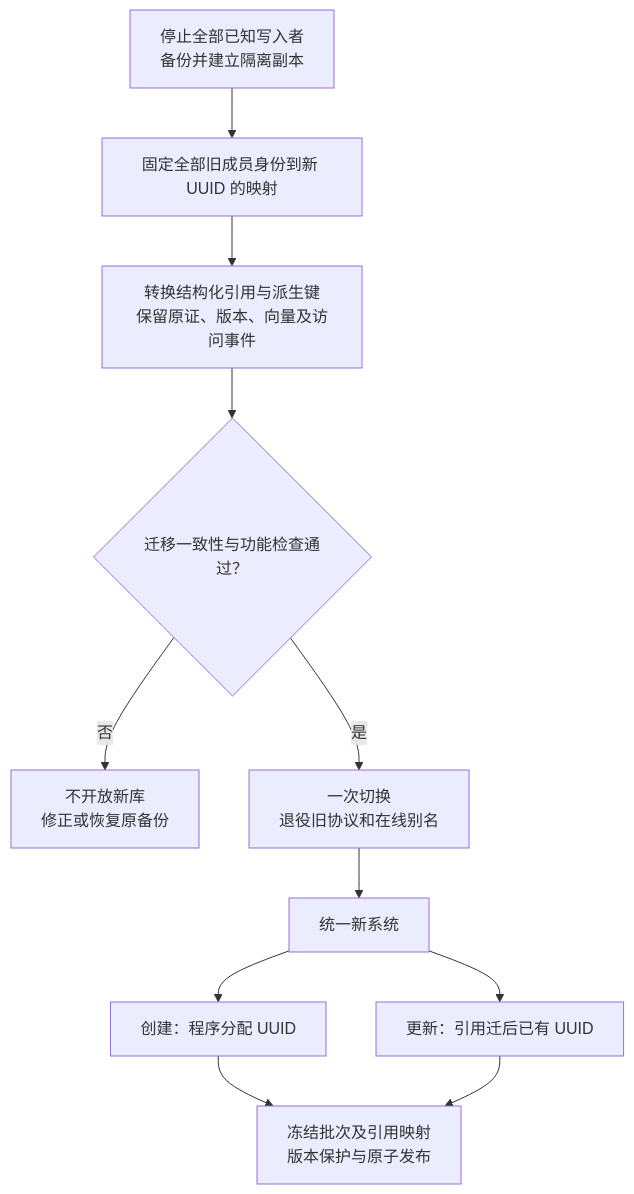
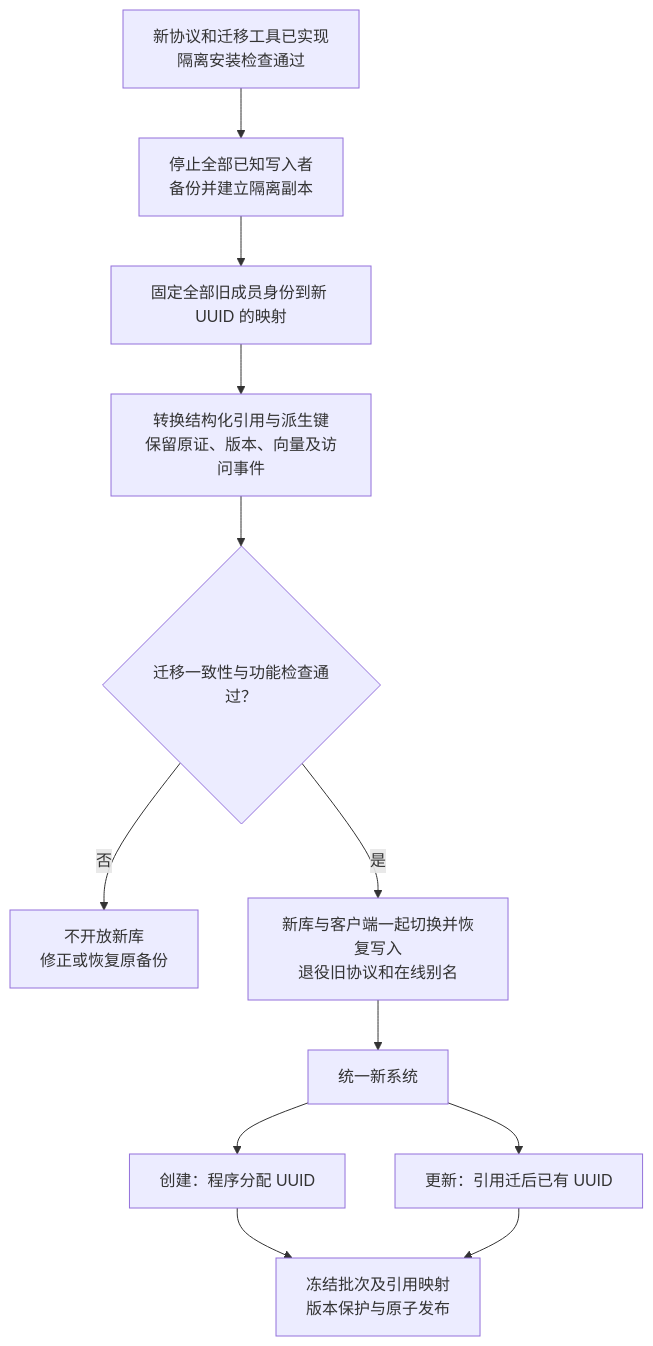
The third of 5 diagrams in devDoc/tasks/20261114-delivery-closeout/diagrams.md (YS-Pan/basePack), drawn with Mermaid before and after one commit. The commit also changed other lines of this file and 5 other files, not shown here.

Commit message:
docs: reconcile closeout sequence and lifecycle diagrams

````diff
--- a/devDoc/tasks/20261114-delivery-closeout/diagrams.md
+++ b/devDoc/tasks/20261114-delivery-closeout/diagrams.md
@@ -24,13 +47,14 @@
 ```mermaid
 flowchart TD
-    A["停止全部已知写入者<br/>备份并建立隔离副本"] --> B["固定全部旧成员身份到新 UUID 的映射"]
+    P["新协议和迁移工具已实现<br/>隔离安装检查通过"] --> A["停止全部已知写入者<br/>备份并建立隔离副本"]
+    A --> B["固定全部旧成员身份到新 UUID 的映射"]
     B --> C["转换结构化引用与派生键<br/>保留原证、版本、向量及访问事件"]
     C --> D{"迁移一致性与功能检查通过？"}
     D -->|否| E["不开放新库<br/>修正或恢复原备份"]
-    D -->|是| F["一次切换<br/>退役旧协议和在线别名"]
+    D -->|是| F["新库与客户端一起切换并恢复写入<br/>退役旧协议和在线别名"]
     F --> G["统一新系统"]
     G --> H["创建：程序分配 UUID"]
     G --> I["更新：引用迁后已有 UUID"]
     H --> J["冻结批次及引用映射<br/>版本保护与原子发布"]
     I --> J
 ```
````
